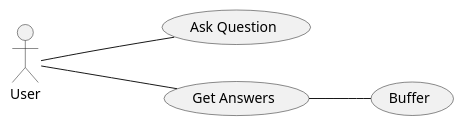
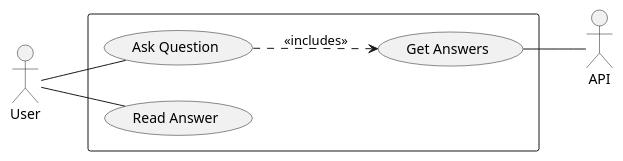
The diagram in wiki/StackOverflowPlugin.md (ziontee113/mynvimconfig), drawn with PlantUML before and after one commit. The commit also changed other lines of this file and 6 other files, not shown here.

```diff
--- a/wiki/StackOverflowPlugin.md
+++ b/wiki/StackOverflowPlugin.md
@@ -6,10 +7,14 @@
 @startuml
 left to right direction
 actor "User" as user
-usecase "Ask Question" as askQuestion
-usecase "Get Answers" as getAnswers
-user --- askQuestion
-user --- getAnswers
-usecase "Buffer" as buffer
-getAnswers -- buffer
+actor "API" as api
+rectangle {
+  usecase "Ask Question" as askQuestion
+  usecase "Get Answers" as getAnswers
+  user -- askQuestion
+  askQuestion ..> getAnswers : <<includes>>
+  getAnswers -- api
+  usecase "Read Answer" as readAnswer
+  user -- readAnswer
+}
 @enduml
```
